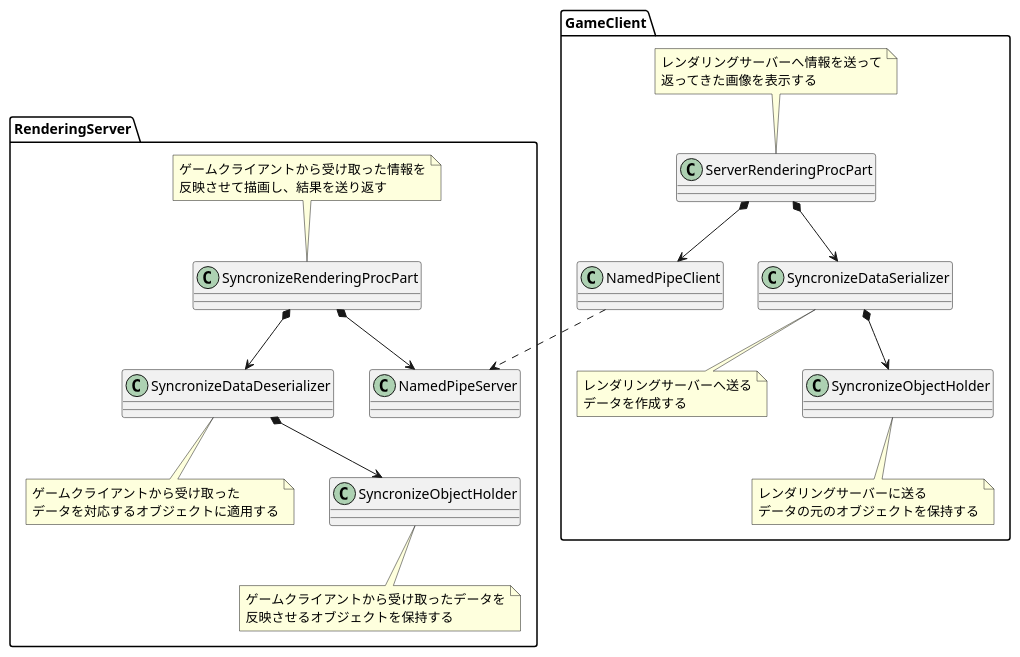
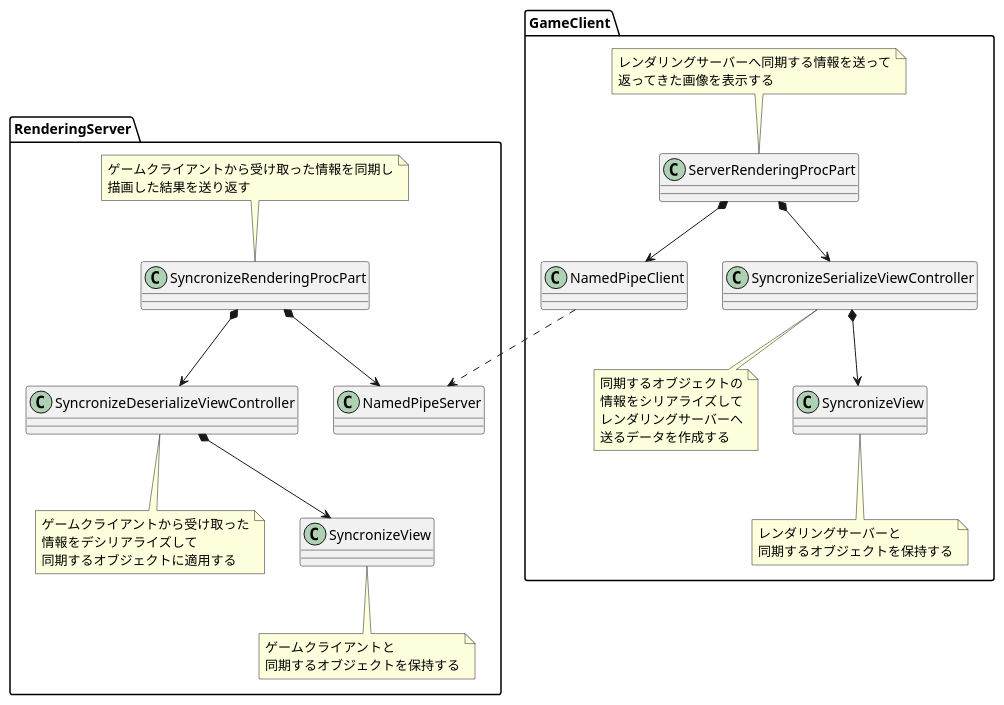
One commit to yobiya/unity-distributed-rendering changed the diagram in Specs/uml/syncronize-data.pu. Above: the diagram before and after it, drawn with PlantUML. The commit also changed 1 other file, not shown here.

```diff
--- a/Specs/uml/syncronize-data.pu
+++ b/Specs/uml/syncronize-data.pu
@@ -2,62 +2,65 @@
 @startuml syncronize_data
 
 namespace GameClient {
 
 class ServerRenderingProcPart
 note top
-レンダリングサーバーへ情報を送って
+レンダリングサーバーへ同期する情報を送って
 返ってきた画像を表示する
 endnote
 
 class NamedPipeClient
 
-class SyncronizeDataSerializer
+class SyncronizeSerializeViewController
 note bottom
-レンダリングサーバーへ送る
-データを作成する
+同期するオブジェクトの
+情報をシリアライズして
+レンダリングサーバーへ
+送るデータを作成する
 endnote
 
-class SyncronizeObjectHolder
+class SyncronizeView
 note bottom
-レンダリングサーバーに送る
-データの元のオブジェクトを保持する
+レンダリングサーバーと
+同期するオブジェクトを保持する
 endnote
 
 ServerRenderingProcPart *--> NamedPipeClient
-ServerRenderingProcPart *--> SyncronizeDataSerializer
-SyncronizeDataSerializer *--> SyncronizeObjectHolder
+ServerRenderingProcPart *--> SyncronizeSerializeViewController
+SyncronizeSerializeViewController *--> SyncronizeView
 
 }
 
 namespace RenderingServer {
 
 class SyncronizeRenderingProcPart
 note top
-ゲームクライアントから受け取った情報を
-反映させて描画し、結果を送り返す
+ゲームクライアントから受け取った情報を同期し
+描画した結果を送り返す
 endnote
 
 class NamedPipeServer
 
-class SyncronizeDataDeserializer
+class SyncronizeDeserializeViewController
 note bottom
 ゲームクライアントから受け取った
-データを対応するオブジェクトに適用する
+情報をデシリアライズして
+同期するオブジェクトに適用する
 endnote
 
-class SyncronizeObjectHolder
+class SyncronizeView
 note bottom
-ゲームクライアントから受け取ったデータを
-反映させるオブジェクトを保持する
+ゲームクライアントと
+同期するオブジェクトを保持する
 endnote
 
 SyncronizeRenderingProcPart *--> NamedPipeServer
-SyncronizeRenderingProcPart *--> SyncronizeDataDeserializer
-SyncronizeDataDeserializer *--> SyncronizeObjectHolder
+SyncronizeRenderingProcPart *--> SyncronizeDeserializeViewController
+SyncronizeDeserializeViewController *--> SyncronizeView
 
 }
 
 GameClient.NamedPipeClient ..> RenderingServer.NamedPipeServer
 
 
 @enduml
```
